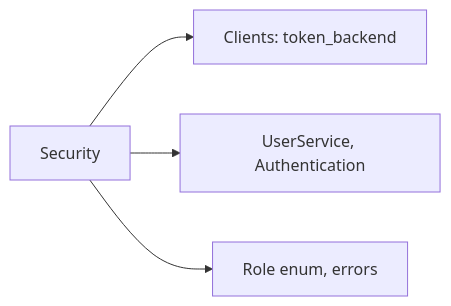
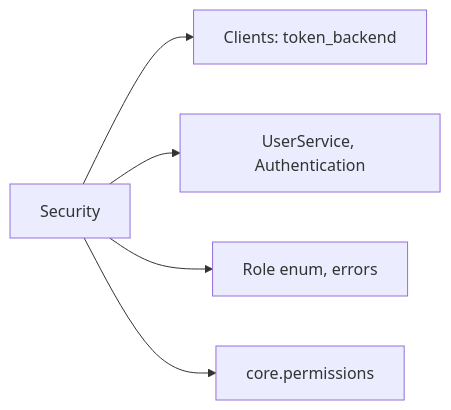
Before and after one commit to Tap2Cloud/backend-public: the fourth of 4 diagrams in docs/wiki/security-and-permissions.md, drawn with Mermaid. The commit also changed other lines of this file and 12 other files, not shown here.

````diff
--- a/docs/wiki/security-and-permissions.md
+++ b/docs/wiki/security-and-permissions.md
@@ -77,6 +268,7 @@
 ```mermaid
 graph LR
   Security --> Clients[Clients: token_backend]
   Security --> Services[UserService, Authentication]
   Security --> Utils[Role enum, errors]
+  Security --> Perms[core.permissions]
 ```
````
